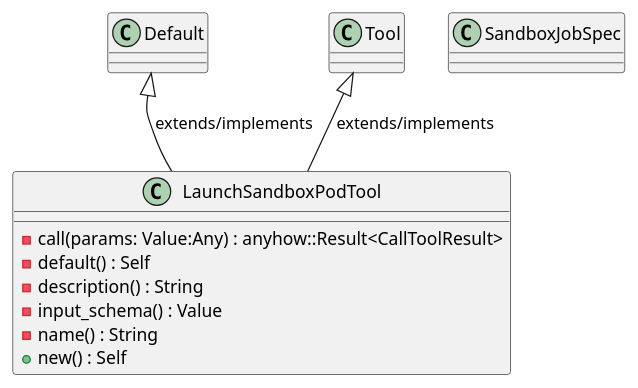
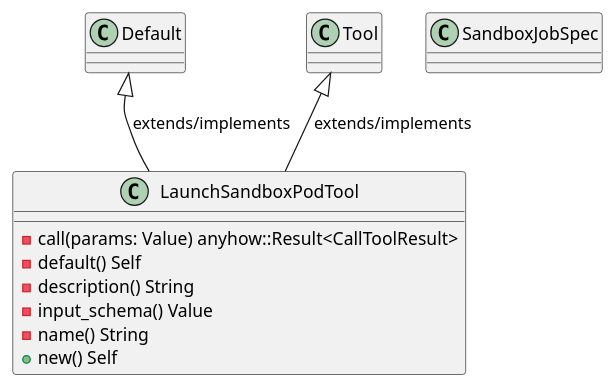
Before and after one commit to lgcorzo/rust_CACD_autonomous_factory: the first of 6 diagrams in openwiki/crates_factory_mcp_server_src_tools_launch_sandbox_pod.md, drawn with PlantUML. The commit also changed other lines of this file and 97 other files, not shown here.

First line of the commit message:
Fix Rust AST parsing for method and function parameters, and update OKF UML frontmatter

````diff
--- a/openwiki/crates_factory_mcp_server_src_tools_launch_sandbox_pod.md
+++ b/openwiki/crates_factory_mcp_server_src_tools_launch_sandbox_pod.md
@@ -97,17 +102,17 @@
 ```plantuml
 @startuml
 class LaunchSandboxPodTool {
-    -call(params: Value:Any) : anyhow::Result<CallToolResult>
-    -default() : Self
-    -description() : String
-    -input_schema() : Value
-    -name() : String
-    +new() : Self
+    -call(params: Value) anyhow::Result<CallToolResult>
+    -default() Self
+    -description() String
+    -input_schema() Value
+    -name() String
+    +new() Self
 }
 Default <|-- LaunchSandboxPodTool : extends/implements
 Tool <|-- LaunchSandboxPodTool : extends/implements
 class SandboxJobSpec {
 }
 @enduml
 
 ```
````
